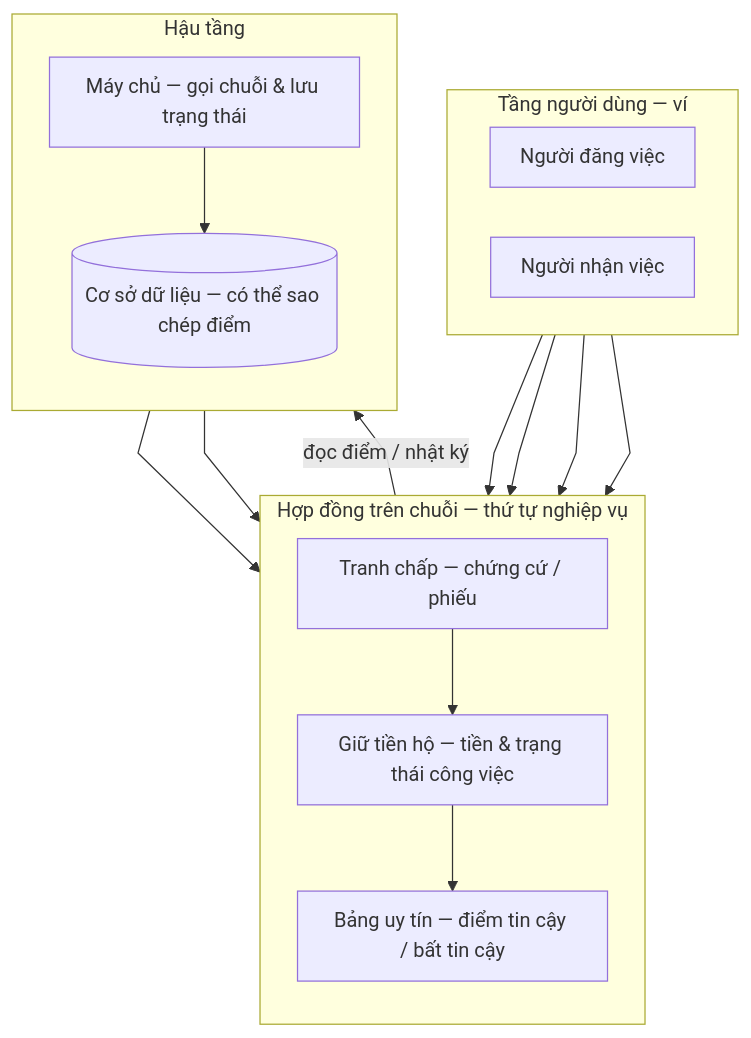
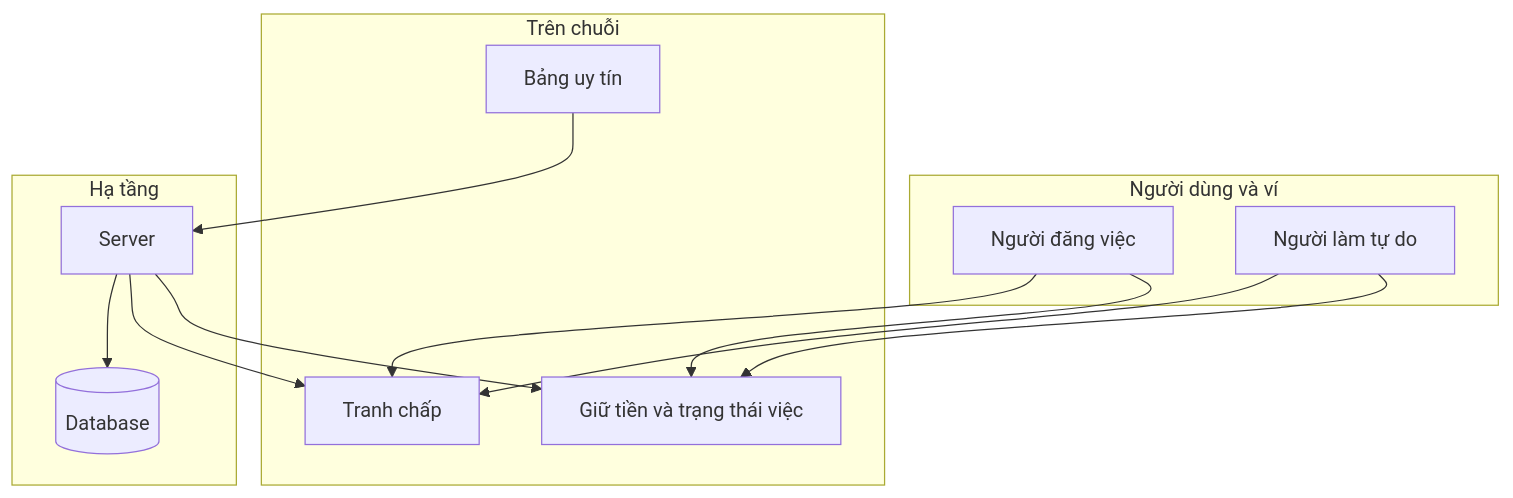
The first of 3 diagrams in blockchain.md (dmt041104111003/docs-nckh), drawn with Mermaid before and after one commit. The commit also changed other lines of this file and 8 other files, not shown here.

````diff
--- a/blockchain.md
+++ b/blockchain.md
@@ -37,30 +37,24 @@
 ```mermaid
-%%{init: {"flowchart": {"curve": "linear", "padding": 12, "nodeSpacing": 40, "rankSpacing": 44}}}%%
 flowchart TB
-  subgraph tren[Tầng người dùng — ví]
-    direction LR
+  subgraph tren[Người dùng và ví]
     N1[Người đăng việc]
-    N2[Người nhận việc]
+    N2[Người làm tự do]
   end
-  subgraph giua[Hợp đồng trên chuỗi — thứ tự nghiệp vụ]
-    direction TB
-    HD1[Giữ tiền hộ — tiền & trạng thái công việc]
-    HD2[Tranh chấp — chứng cứ / phiếu]
-    HD3[Bảng uy tín — điểm tin cậy / bất tin cậy]
-    HD2 --> HD1
-    HD1 --> HD3
+  subgraph giua[Trên chuỗi]
+    HD1[Giữ tiền và trạng thái việc]
+    HD2[Tranh chấp]
+    HD3[Bảng uy tín]
   end
-  subgraph duoi[Hậu tầng]
-    direction TB
-    SVC[Máy chủ — gọi chuỗi & lưu trạng thái]
-    DB[(Cơ sở dữ liệu — có thể sao chép điểm)]
+  subgraph duoi[Hạ tầng]
+    SVC[Server]
+    DB[(Database)]
   end
   N1 --> HD1
   N2 --> HD1
   N1 --> HD2
   N2 --> HD2
   SVC --> HD1
   SVC --> HD2
-  HD3 -->|đọc điểm / nhật ký| SVC
+  HD3 --> SVC
   SVC --> DB
 ```
````
